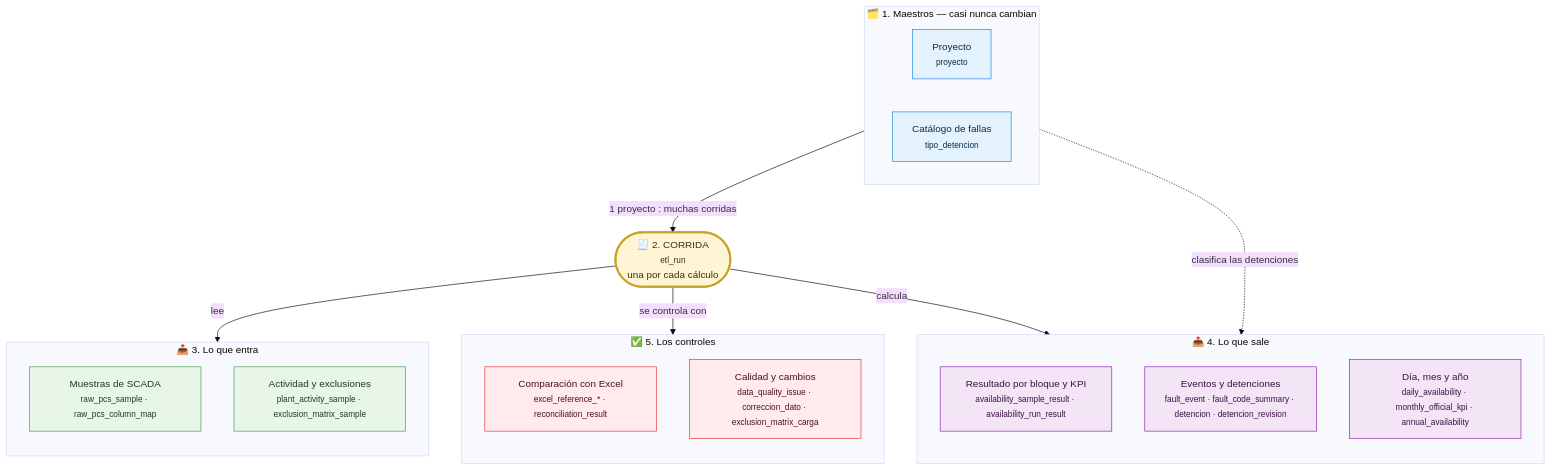
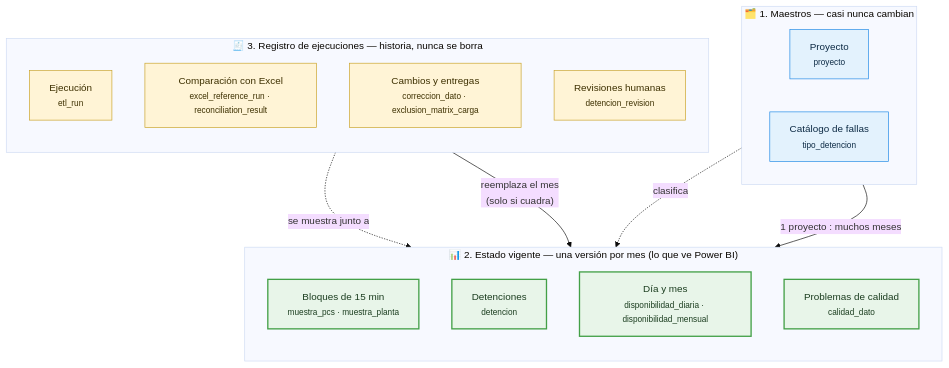
Before and after one commit to franciscobarrientoscaceres/ETL_Arena: the second of 6 diagrams in docs/modelo-datos.md, drawn with Mermaid. The commit also changed other lines of this file and 45 other files, not shown here.

````diff
--- a/docs/modelo-datos.md
+++ b/docs/modelo-datos.md
@@ -79,43 +82,35 @@
 ```mermaid
 %%{init: {'theme':'base','themeVariables':{'fontSize':'15px'}}}%%
 flowchart TB
     subgraph M["🗂️ 1. Maestros — casi nunca cambian"]
         direction LR
         PR["Proyecto<br/><small>proyecto</small>"]
         CF["Catálogo de fallas<br/><small>tipo_detencion</small>"]
     end
-    CO(["🧾 2. CORRIDA<br/><small>etl_run</small><br/>una por cada cálculo"])
-    subgraph E["📥 3. Lo que entra"]
+    subgraph E["📊 2. Estado vigente — una versión por mes (lo que ve Power BI)"]
         direction TB
-        E1["Muestras de SCADA<br/><small>raw_pcs_sample · raw_pcs_column_map</small>"]
-        E2["Actividad y exclusiones<br/><small>plant_activity_sample · exclusion_matrix_sample</small>"]
+        E1["Bloques de 15 min<br/><small>muestra_pcs · muestra_planta</small>"]
+        E2["Detenciones<br/><small>detencion</small>"]
+        E3["Día y mes<br/><small>disponibilidad_diaria · disponibilidad_mensual</small>"]
+        E4["Problemas de calidad<br/><small>calidad_dato</small>"]
     end
-    subgraph S["📤 4. Lo que sale"]
+    subgraph R["🧾 3. Registro de ejecuciones — historia, nunca se borra"]
         direction TB
-        S1["Resultado por bloque y KPI<br/><small>availability_sample_result · availability_run_result</small>"]
-        S2["Eventos y detenciones<br/><small>fault_event · fault_code_summary · detencion · detencion_revision</small>"]
-        S3["Día, mes y año<br/><small>daily_availability · monthly_official_kpi · annual_availability</small>"]
-    end
-    subgraph K["✅ 5. Los controles"]
-        direction TB
-        K1["Comparación con Excel<br/><small>excel_reference_* · reconciliation_result</small>"]
-        K2["Calidad y cambios<br/><small>data_quality_issue · correccion_dato · exclusion_matrix_carga</small>"]
+        R1["Ejecución<br/><small>etl_run</small>"]
+        R2["Comparación con Excel<br/><small>excel_reference_run · reconciliation_result</small>"]
+        R3["Cambios y entregas<br/><small>correccion_dato · exclusion_matrix_carga</small>"]
+        R4["Revisiones humanas<br/><small>detencion_revision</small>"]
     end
 
-    PR -- "1 proyecto : muchas corridas" --> CO
-    CF -. "clasifica las detenciones" .-> S2
-    CO -- "lee" --> E
-    CO -- "calcula" --> S
-    CO -- "se controla con" --> K
+    PR -- "1 proyecto : muchos meses" --> E
+    CF -. "clasifica" .-> E2
+    R1 -- "reemplaza el mes<br/>(solo si cuadra)" --> E
+    R4 -. "se muestra junto a" .-> E2
 
     classDef m fill:#E3F2FD,stroke:#1E88E5,color:#0D2B45
-    classDef c fill:#FFF4D6,stroke:#C9A227,color:#3D3000,stroke-width:3px
-    classDef e fill:#E8F5E9,stroke:#43A047,color:#1B3D1F
-    classDef s fill:#F3E5F5,stroke:#8E24AA,color:#3A1245
-    classDef k fill:#FFEBEE,stroke:#E53935,color:#4A1212
+    classDef e fill:#E8F5E9,stroke:#43A047,color:#1B3D1F,stroke-width:2px
+    classDef r fill:#FFF4D6,stroke:#C9A227,color:#3D3000
     class PR,CF m
-    class CO c
-    class E1,E2 e
-    class S1,S2,S3 s
-    class K1,K2 k
+    class E1,E2,E3,E4 e
+    class R1,R2,R3,R4 r
 ```
````
